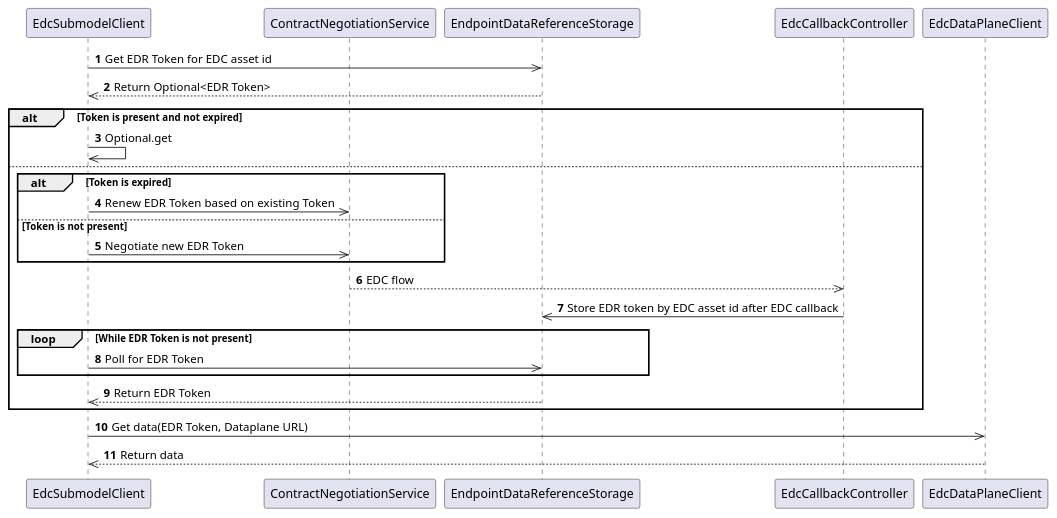
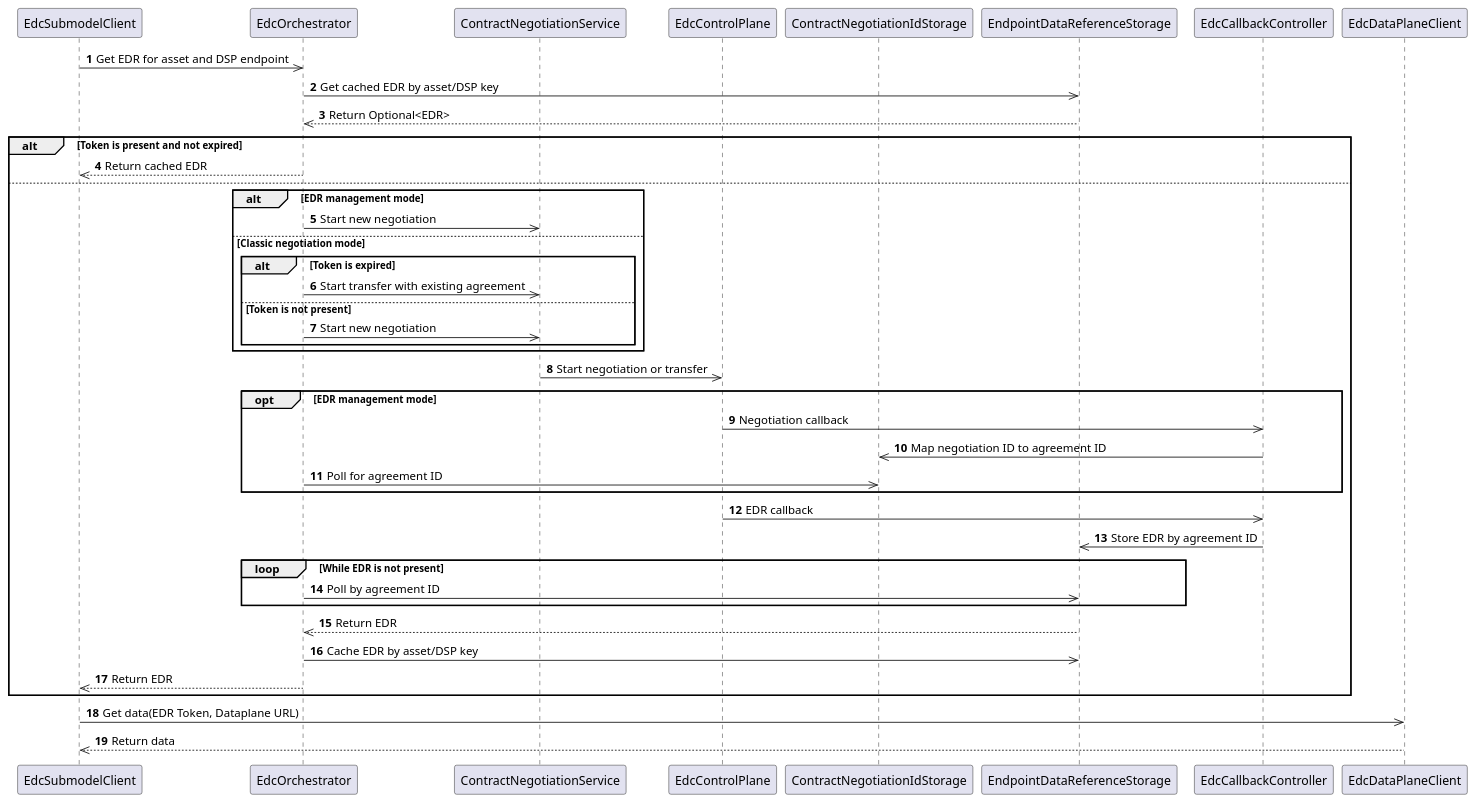
The diagram in docs/src/docs/arc42/cross-cutting/under-the-hood.adoc (eclipse-tractusx/item-relationship-service), drawn with PlantUML before and after one commit. The commit also changed other lines of this file and 10 other files, not shown here.

First line of the commit message:
fix(edc):[#1033] handle multiple offers and EDR agreement IDs

```diff
--- a/docs/src/docs/arc42/cross-cutting/under-the-hood.adoc
+++ b/docs/src/docs/arc42/cross-cutting/under-the-hood.adoc
@@ -159,34 +158,50 @@
 [plantuml,target=discovery-process-edc,format=svg]
 ----
 @startuml
 autonumber
 participant EdcSubmodelClient
+participant EdcOrchestrator
 participant ContractNegotiationService
+participant EdcControlPlane
+participant ContractNegotiationIdStorage
 participant EndpointDataReferenceStorage
 participant EdcCallbackController
 participant EdcDataPlaneClient
 
-EdcSubmodelClient ->> EndpointDataReferenceStorage: Get EDR Token for EDC asset id
-EndpointDataReferenceStorage -->> EdcSubmodelClient: Return Optional<EDR Token>
+EdcSubmodelClient ->> EdcOrchestrator: Get EDR for asset and DSP endpoint
+EdcOrchestrator ->> EndpointDataReferenceStorage: Get cached EDR by asset/DSP key
+EndpointDataReferenceStorage -->> EdcOrchestrator: Return Optional<EDR>
 
 alt Token is present and not expired
-    EdcSubmodelClient ->> EdcSubmodelClient: Optional.get
+    EdcOrchestrator -->> EdcSubmodelClient: Return cached EDR
 else
-    alt Token is expired
-        EdcSubmodelClient ->> ContractNegotiationService: Renew EDR Token based on existing Token
-    else Token is not present
-        EdcSubmodelClient ->> ContractNegotiationService: Negotiate new EDR Token
+    alt EDR management mode
+        EdcOrchestrator ->> ContractNegotiationService: Start new negotiation
+    else Classic negotiation mode
+        alt Token is expired
+            EdcOrchestrator ->> ContractNegotiationService: Start transfer with existing agreement
+        else Token is not present
+            EdcOrchestrator ->> ContractNegotiationService: Start new negotiation
+        end
     end
-    ContractNegotiationService -->> EdcCallbackController: EDC flow
-    EdcCallbackController ->> EndpointDataReferenceStorage: Store EDR token by EDC asset id after EDC callback
-    loop While EDR Token is not present
-        EdcSubmodelClient ->> EndpointDataReferenceStorage: Poll for EDR Token
+    ContractNegotiationService ->> EdcControlPlane: Start negotiation or transfer
+    opt EDR management mode
+        EdcControlPlane ->> EdcCallbackController: Negotiation callback
+        EdcCallbackController ->> ContractNegotiationIdStorage: Map negotiation ID to agreement ID
+        EdcOrchestrator ->> ContractNegotiationIdStorage: Poll for agreement ID
     end
-    EndpointDataReferenceStorage -->> EdcSubmodelClient: Return EDR Token
+    EdcControlPlane ->> EdcCallbackController: EDR callback
+    EdcCallbackController ->> EndpointDataReferenceStorage: Store EDR by agreement ID
+    loop While EDR is not present
+        EdcOrchestrator ->> EndpointDataReferenceStorage: Poll by agreement ID
+    end
+    EndpointDataReferenceStorage -->> EdcOrchestrator: Return EDR
+    EdcOrchestrator ->> EndpointDataReferenceStorage: Cache EDR by asset/DSP key
+    EdcOrchestrator -->> EdcSubmodelClient: Return EDR
 end
 
 EdcSubmodelClient ->> EdcDataPlaneClient: Get data(EDR Token, Dataplane URL)
 EdcDataPlaneClient -->> EdcSubmodelClient: Return data
 @enduml
 
 ----
```
